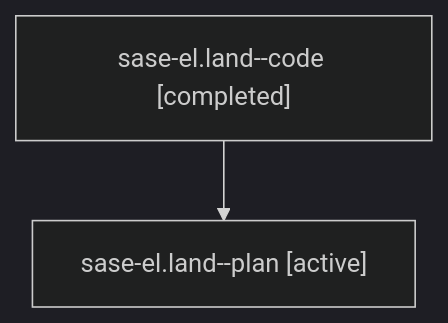
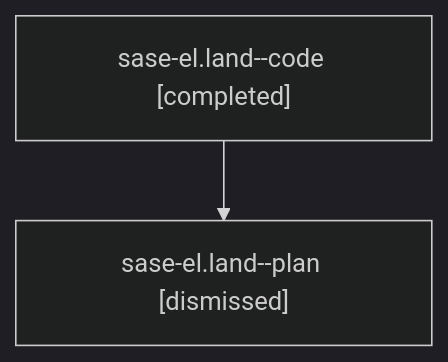
Before and after one commit to sase-org/sase--agents: the diagram in sessions/bbugyi200.athena.sase-el.land.md, drawn with Mermaid (dark theme). The commit also changed other lines of this file and 60 other files, not shown here.

````diff
--- a/sessions/bbugyi200.athena.sase-el.land.md
+++ b/sessions/bbugyi200.athena.sase-el.land.md
@@ -9,6 +9,6 @@
 ```mermaid
 flowchart TD
   n0["sase-el.land--code [completed]"]
-  n1["sase-el.land--plan [active]"]
+  n1["sase-el.land--plan [dismissed]"]
   n0 --> n1
 ```
````
